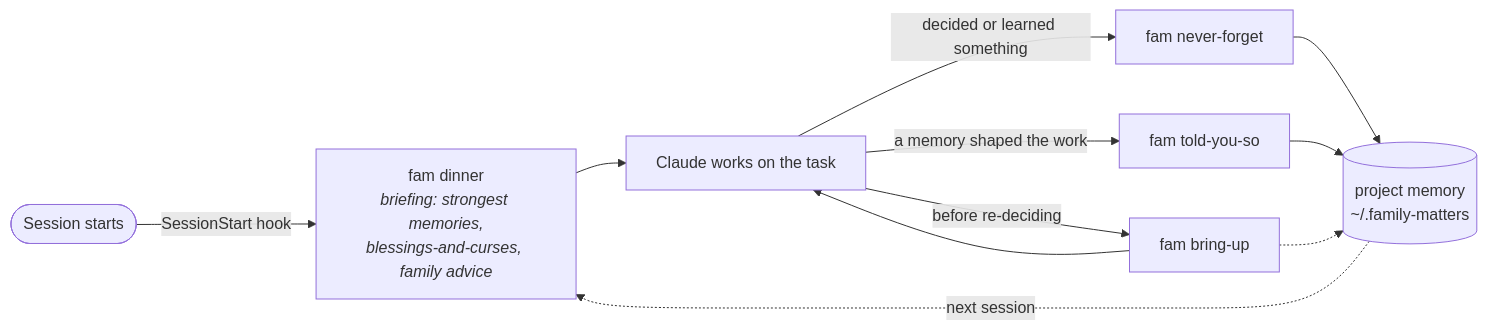
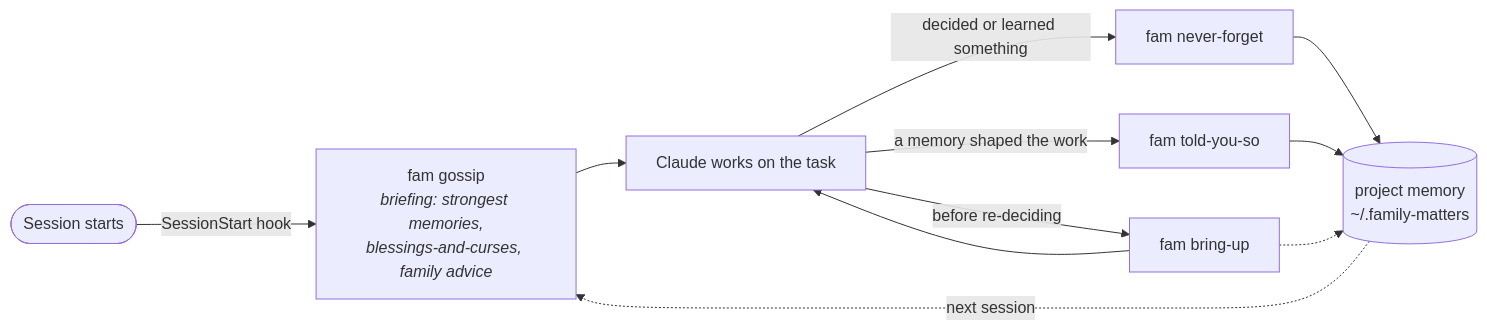
The first of 5 diagrams in README.md (TheHaymaker/Ensemble-of-memories), drawn with Mermaid before and after one commit. The commit also changed other lines of this file and 10 other files, not shown here.

First line of the commit message:
The briefing is fam gossip (dinner and listen stay aliases)

````diff
--- a/README.md
+++ b/README.md
@@ -56,13 +56,13 @@
 ```mermaid
 flowchart LR
-    S([Session starts]) -->|SessionStart hook| L["fam dinner<br/><i>briefing: strongest memories,<br/>blessings-and-curses, family advice</i>"]
+    S([Session starts]) -->|SessionStart hook| L["fam gossip<br/><i>briefing: strongest memories,<br/>blessings-and-curses, family advice</i>"]
     L --> W[Claude works on the task]
     W -->|before re-deciding| R["fam bring-up"]
     R --> W
     W -->|decided or learned something| M["fam never-forget"]
     W -->|a memory shaped the work| U["fam told-you-so"]
     M --> Store[(project memory<br/>~/.family-matters)]
     U --> Store
     R -.-> Store
     Store -.->|next session| L
 ```
````
